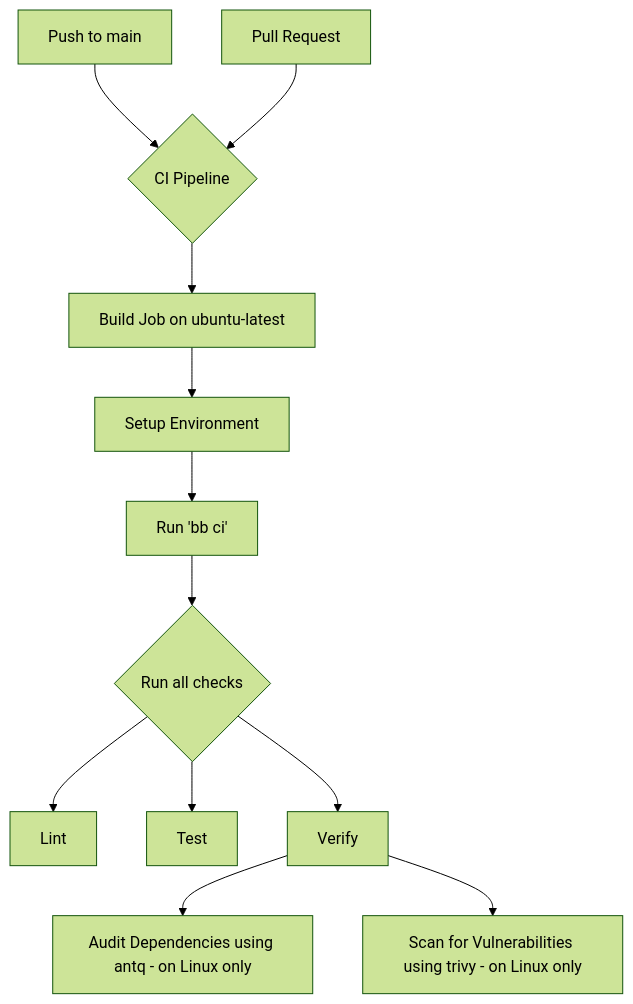
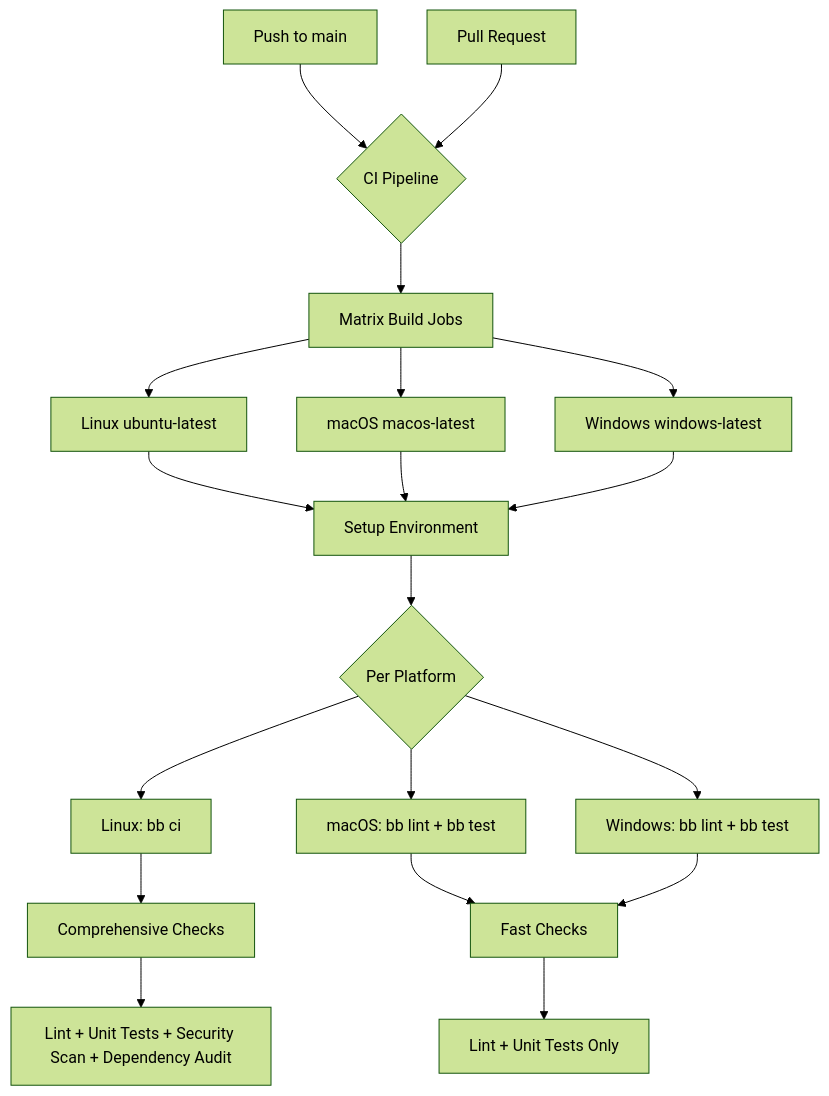
One commit to stefanesco/obsidize changed the first of 2 diagrams in README.md. Above: the diagram before and after it, drawn with Mermaid (forest theme). The commit also changed other lines of this file and 23 other files, not shown here.

Commit message:
refactored the build and release pipelines to better integrated jlink and keep native image only for macOS (besides jar and jlink image); added a new testing-validation stage after the packaging

````diff
--- a/README.md
+++ b/README.md
@@ -624,14 +889,21 @@
 ```mermaid
 graph TD
     A[Push to main] --> B{CI Pipeline}
     C[Pull Request] --> B
-    B --> D[Build Job on ubuntu-latest]
-    D --> E[Setup Environment]
-    E --> F[Run 'bb ci']
-    F --> G{Run all checks}
-    G --> H[Lint]
-G --> I[Test]
-    G --> J[Verify]
-    J --> K[Audit Dependencies using antq - on Linux only]
-    J --> L[Scan for Vulnerabilities using trivy - on Linux only]
+    B --> D[Matrix Build Jobs]
+    D --> E[Linux ubuntu-latest]
+    D --> F[macOS macos-latest]
+    D --> G[Windows windows-latest]
+    E --> H[Setup Environment]
+    F --> H
+    G --> H
+    H --> I{Per Platform}
+    I --> J[Linux: bb ci]
+    I --> K[macOS: bb lint + bb test]
+    I --> L[Windows: bb lint + bb test]
+    J --> M[Comprehensive Checks]
+    K --> N[Fast Checks]
+    L --> N
+    M --> O[Lint + Unit Tests + Security Scan + Dependency Audit]
+    N --> P[Lint + Unit Tests Only]
 ```
````
